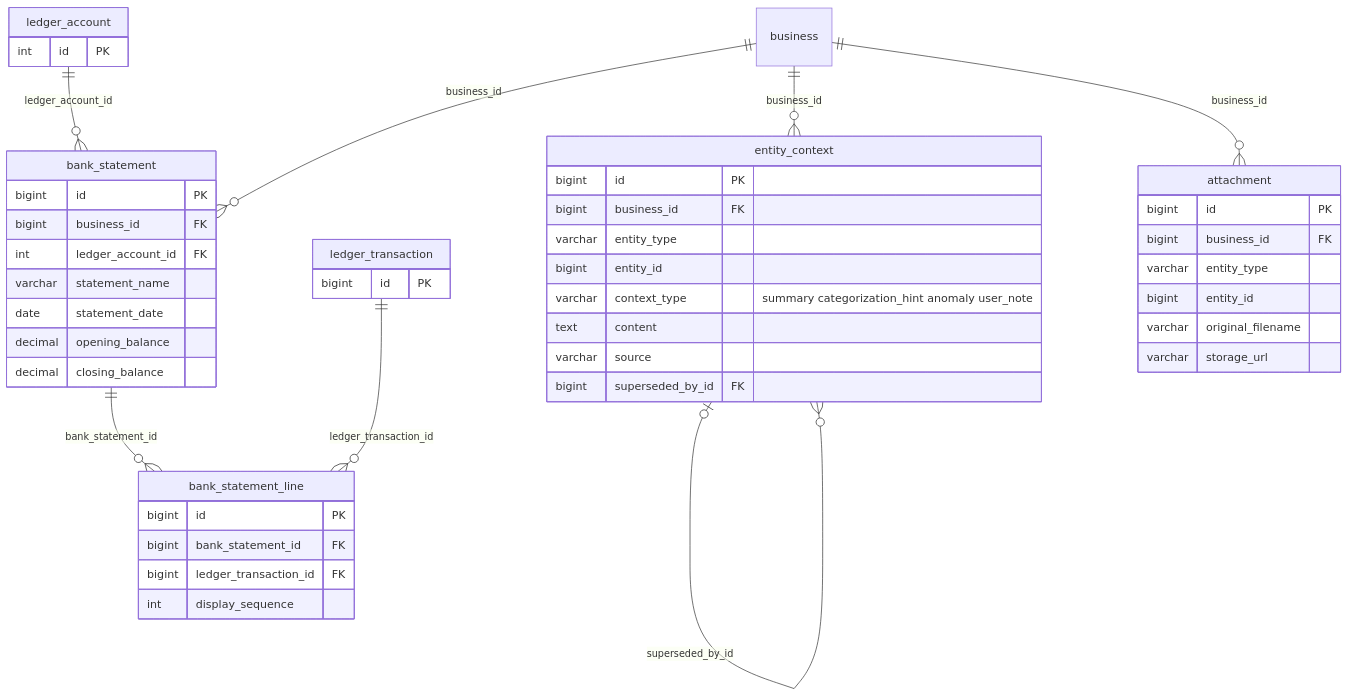
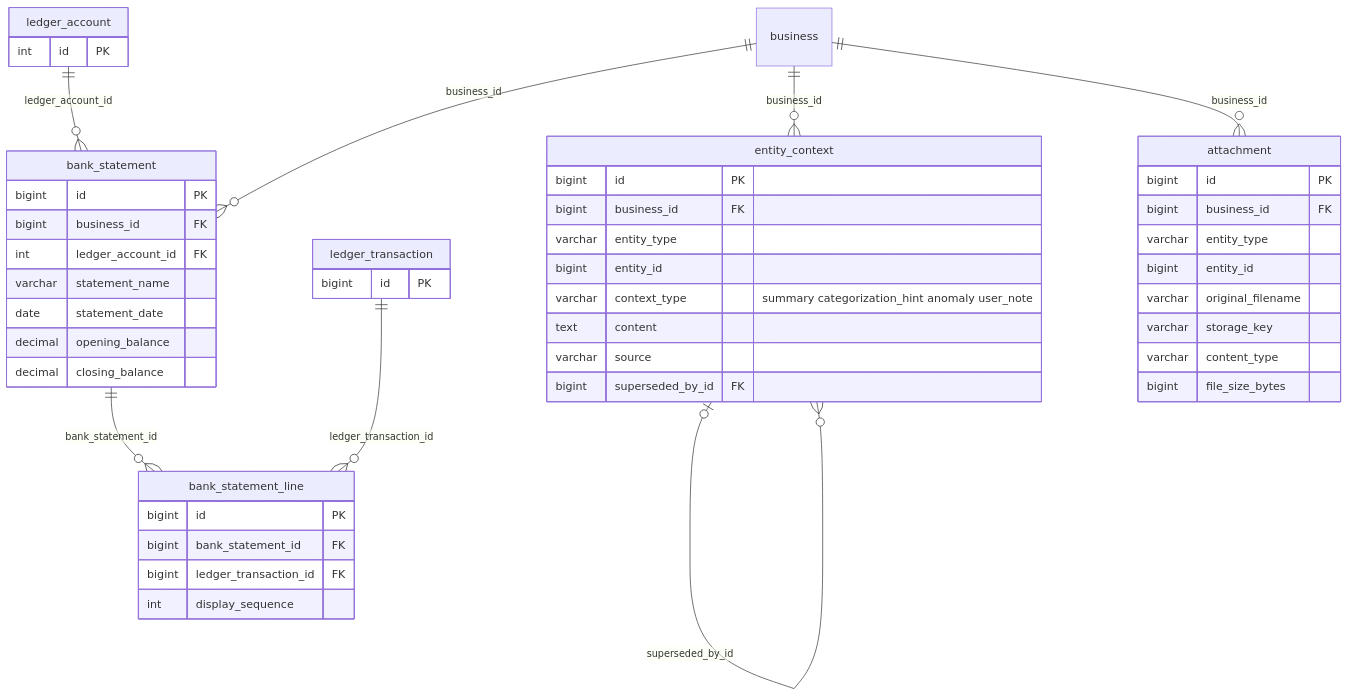
One commit to silverbp/ava changed the fourth of 4 diagrams in docs/schema.md. Above: the diagram before and after it, drawn with Mermaid. The commit also changed other lines of this file and 65 other files, not shown here.

````diff
--- a/docs/schema.md
+++ b/docs/schema.md
@@ -361,50 +379,52 @@
 ```mermaid
 erDiagram
     business ||--o{ bank_statement : "business_id"
     ledger_account ||--o{ bank_statement : "ledger_account_id"
     bank_statement ||--o{ bank_statement_line : "bank_statement_id"
     ledger_transaction ||--o{ bank_statement_line : "ledger_transaction_id"
     business ||--o{ entity_context : "business_id"
     entity_context |o--o{ entity_context : "superseded_by_id"
     business ||--o{ attachment : "business_id"
 
     ledger_account {
         int id PK
     }
     ledger_transaction {
         bigint id PK
     }
     bank_statement {
         bigint id PK
         bigint business_id FK
         int ledger_account_id FK
         varchar statement_name
         date statement_date
         decimal opening_balance
         decimal closing_balance
     }
     bank_statement_line {
         bigint id PK
         bigint bank_statement_id FK
         bigint ledger_transaction_id FK
         int display_sequence
     }
     entity_context {
         bigint id PK
         bigint business_id FK
         varchar entity_type
         bigint entity_id
         varchar context_type "summary categorization_hint anomaly user_note"
         text content
         varchar source
         bigint superseded_by_id FK
     }
     attachment {
         bigint id PK
         bigint business_id FK
         varchar entity_type
         bigint entity_id
         varchar original_filename
-        varchar storage_url
+        varchar storage_key
+        varchar content_type
+        bigint file_size_bytes
     }
 ```
````
